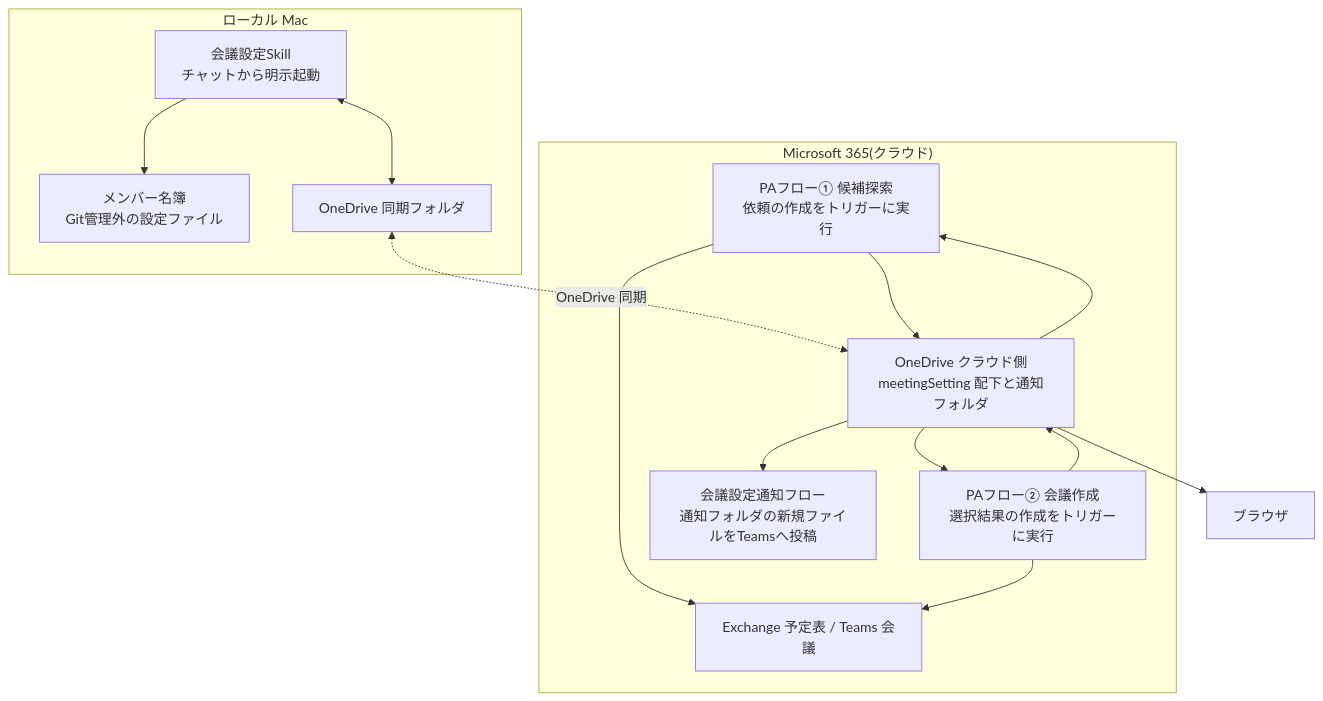
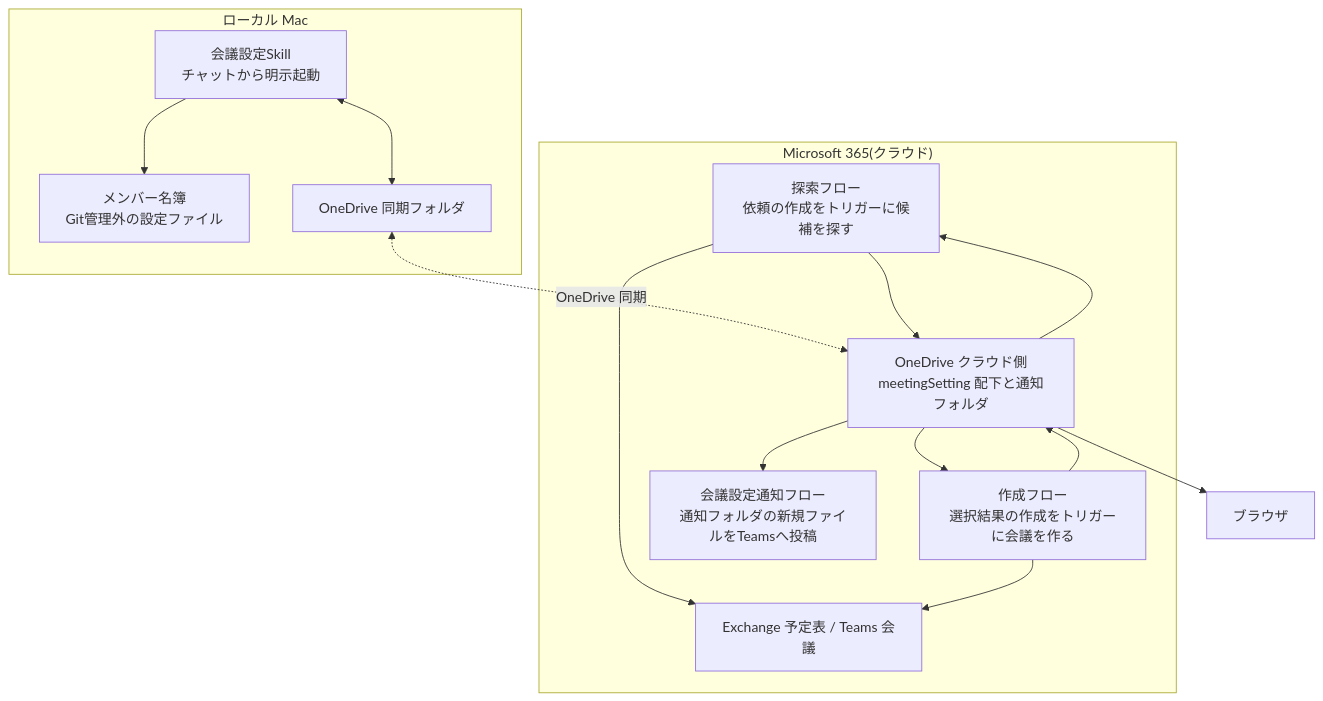
One commit to dnode-ryosuke-yamazaki/study changed the second of 2 diagrams in apps/meeting-setup-automation/specs/architecture.md. Above: the diagram before and after it, drawn with Mermaid. The commit also changed other lines of this file and 3 other files, not shown here.

````diff
--- a/apps/meeting-setup-automation/specs/architecture.md
+++ b/apps/meeting-setup-automation/specs/architecture.md
@@ -80,28 +80,28 @@
 ```mermaid
 flowchart TD
     subgraph cloud["Microsoft 365(クラウド)"]
-        PA1["PAフロー① 候補探索<br/>依頼の作成をトリガーに実行"]
-        PA2["PAフロー② 会議作成<br/>選択結果の作成をトリガーに実行"]
+        PA1["探索フロー<br/>依頼の作成をトリガーに候補を探す"]
+        PA2["作成フロー<br/>選択結果の作成をトリガーに会議を作る"]
         PA3["会議設定通知フロー<br/>通知フォルダの新規ファイルをTeamsへ投稿"]
         CAL["Exchange 予定表 / Teams 会議"]
         ODC["OneDrive クラウド側<br/>meetingSetting 配下と通知フォルダ"]
     end
 
     subgraph mac["ローカル Mac"]
         SKILL["会議設定Skill<br/>チャットから明示起動"]
         ROSTER["メンバー名簿<br/>Git管理外の設定ファイル"]
         ODL["OneDrive 同期フォルダ"]
     end
 
     BROWSER["ブラウザ"]
 
     SKILL --> ROSTER
     SKILL <--> ODL
     ODL <-. OneDrive 同期 .-> ODC
     ODC --> PA1 --> CAL
     PA1 --> ODC
     ODC --> PA2 --> CAL
     PA2 --> ODC
     ODC --> PA3
     ODC --> BROWSER
 ```
````
